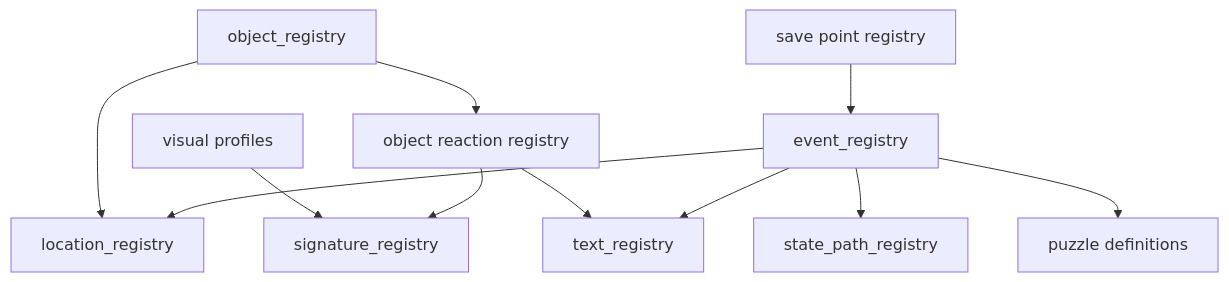
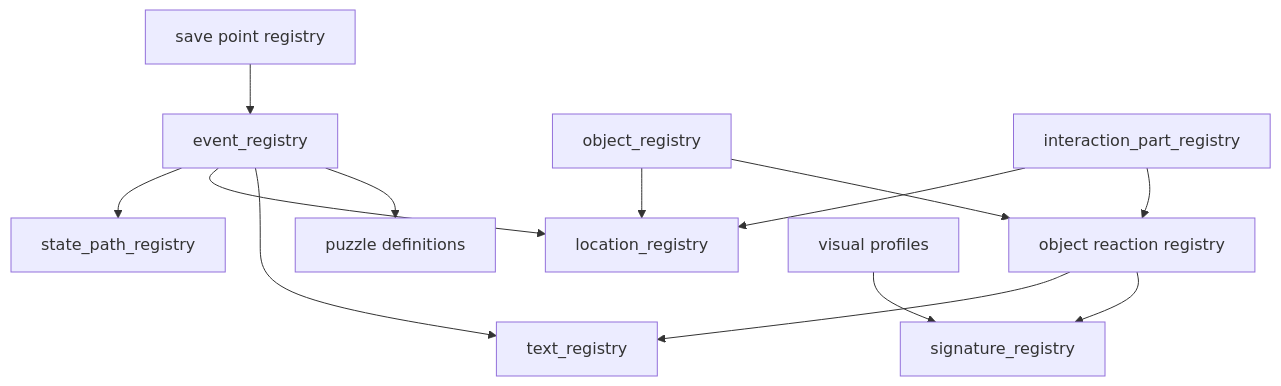
The fourth of 4 diagrams in ideas/md/v04/17_상태변수_이벤트ID_Godot데이터구조.md (devb-eru/ggb), drawn with Mermaid before and after one commit. The commit also changed other lines of this file and 17 other files, not shown here.

````diff
--- a/ideas/md/v04/17_상태변수_이벤트ID_Godot데이터구조.md
+++ b/ideas/md/v04/17_상태변수_이벤트ID_Godot데이터구조.md
@@ -3406,13 +3515,15 @@
 ```mermaid
 flowchart TD
     ER["event_registry"] --> SR["state_path_registry"]
     ER --> LR["location_registry"]
     ER --> TR["text_registry"]
     ER --> PR["puzzle definitions"]
     OR["object_registry"] --> LR
     OR --> RR["object reaction registry"]
+    IPR["interaction_part_registry"] --> LR
+    IPR --> RR
     RR --> TR
     RR --> SIG["signature_registry"]
     VIS["visual profiles"] --> SIG
     SAVE["save point registry"] --> ER
 ```
````
